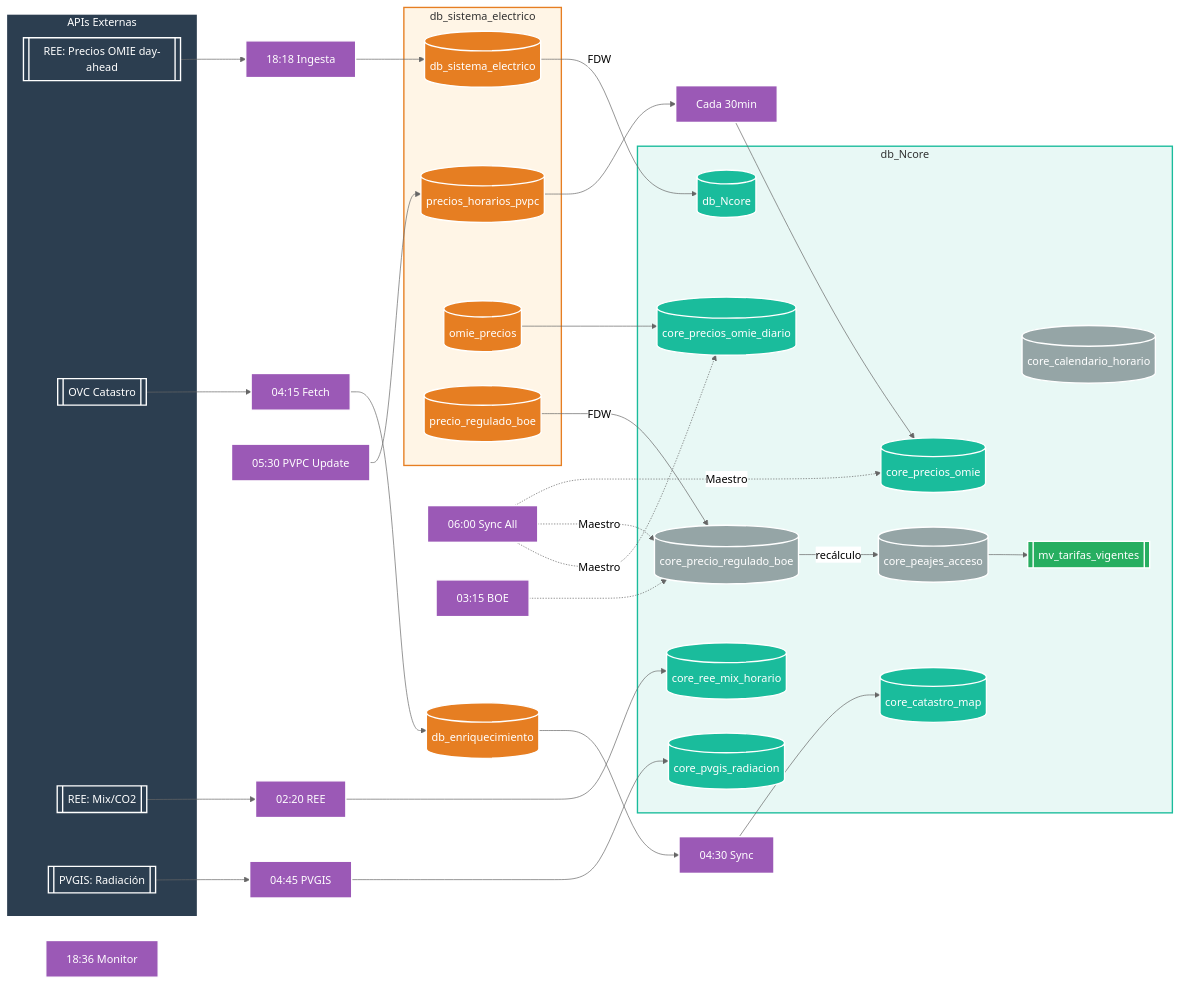
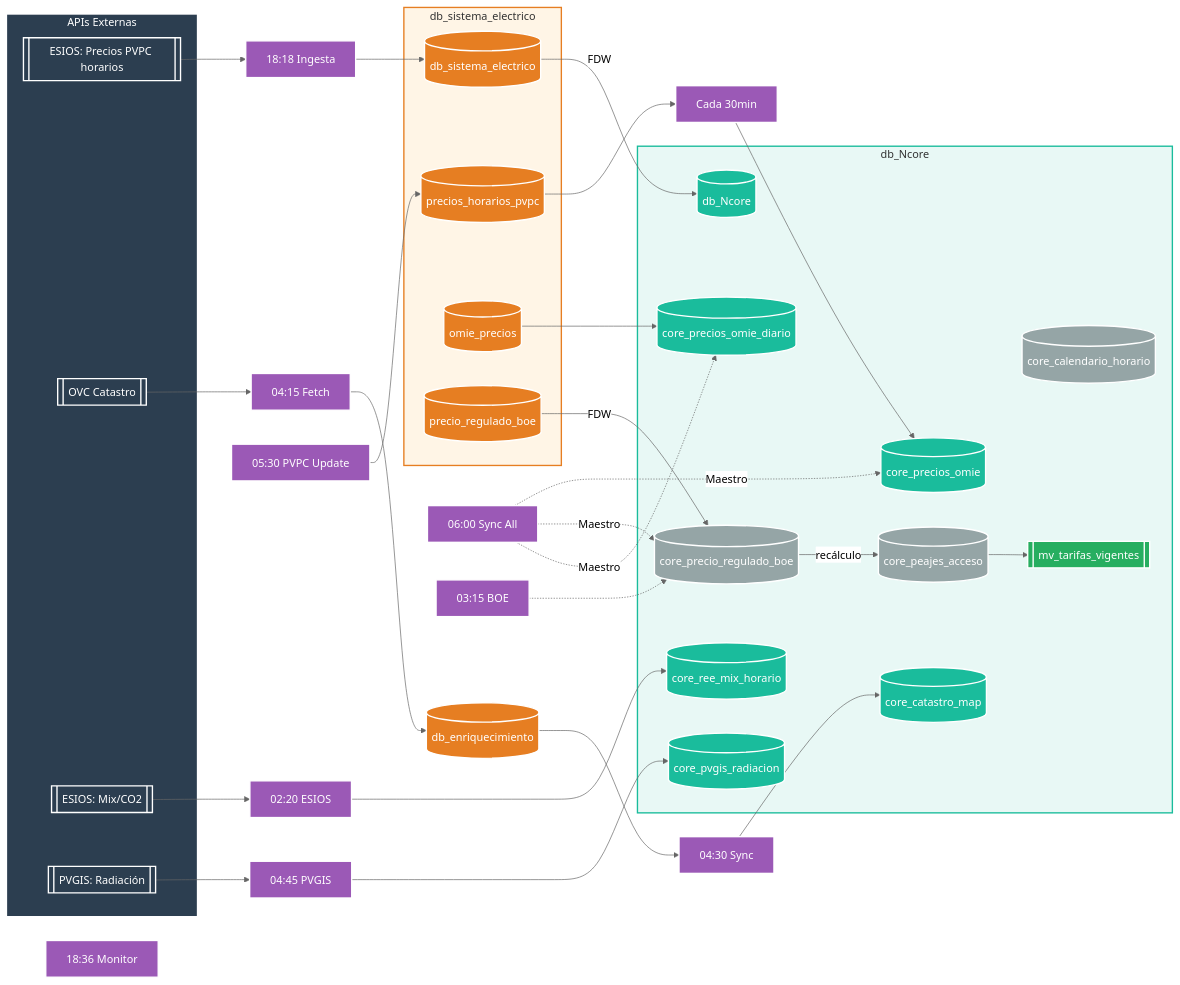
One commit to EGD2024/db-watioverse changed the diagram in docs/README_actualizaciones_automaticas.md. Above: the diagram before and after it, drawn with Mermaid (neutral theme). The commit also changed other lines of this file and 13 other files, not shown here.

````diff
--- a/docs/README_actualizaciones_automaticas.md
+++ b/docs/README_actualizaciones_automaticas.md
@@ -28,9 +28,9 @@
 ```mermaid
 flowchart LR
     subgraph APIs[APIs Externas]
-        A[[REE: Precios OMIE day-ahead]]
+        A[[ESIOS: Precios PVPC horarios]]
         CAT[[OVC Catastro]]
-        REE2[[REE: Mix/CO2]]
+        ESIOS2[[ESIOS: Mix/CO2]]
         PVGIS[[PVGIS: Radiación]]
     end
 
@@ -42,7 +42,7 @@
     T6[06:00 Sync All]
     T7[03:15 BOE]
     T8[Cada 30min]
-    T9[02:20 REE]
+    T9[02:20 ESIOS]
     T10[04:45 PVGIS]
 
     A --> T1 --> B[(db_sistema_electrico)]
@@ -51,7 +51,7 @@
     CAT --> T2 --> ENR[(db_enriquecimiento)]
     ENR --> T3 --> CATMAP[(core_catastro_map)]
     
-    REE2 --> T9 --> REEMIX[(core_ree_mix_horario)]
+    ESIOS2 --> T9 --> REEMIX[(core_ree_mix_horario)]
     PVGIS --> T10 --> PVGISRAD[(core_pvgis_radiacion)]
 
     subgraph SistemaElectrico[db_sistema_electrico]
@@ -87,7 +87,7 @@
     style APIs fill:#2C3E50,stroke:#ffffff,stroke-width:2px,color:#ffffff
     style A fill:#2C3E50,stroke:#ffffff,stroke-width:2px,color:#ffffff
     style CAT fill:#2C3E50,stroke:#ffffff,stroke-width:2px,color:#ffffff
-    style REE2 fill:#2C3E50,stroke:#ffffff,stroke-width:2px,color:#ffffff
+    style ESIOS2 fill:#2C3E50,stroke:#ffffff,stroke-width:2px,color:#ffffff
     style PVGIS fill:#2C3E50,stroke:#ffffff,stroke-width:2px,color:#ffffff
     
     style B fill:#E67E22,stroke:#ffffff,stroke-width:2px,color:#ffffff
````
